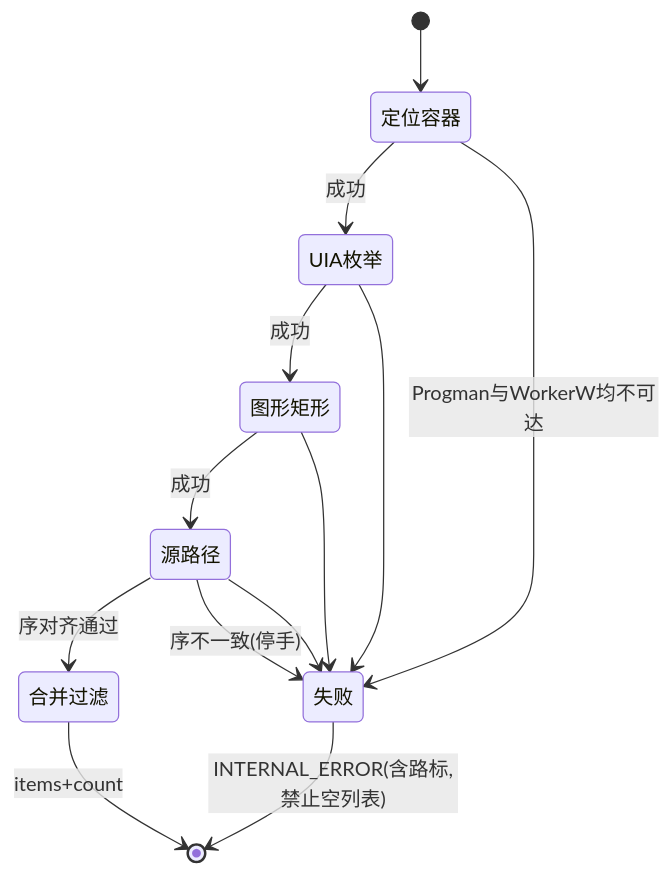
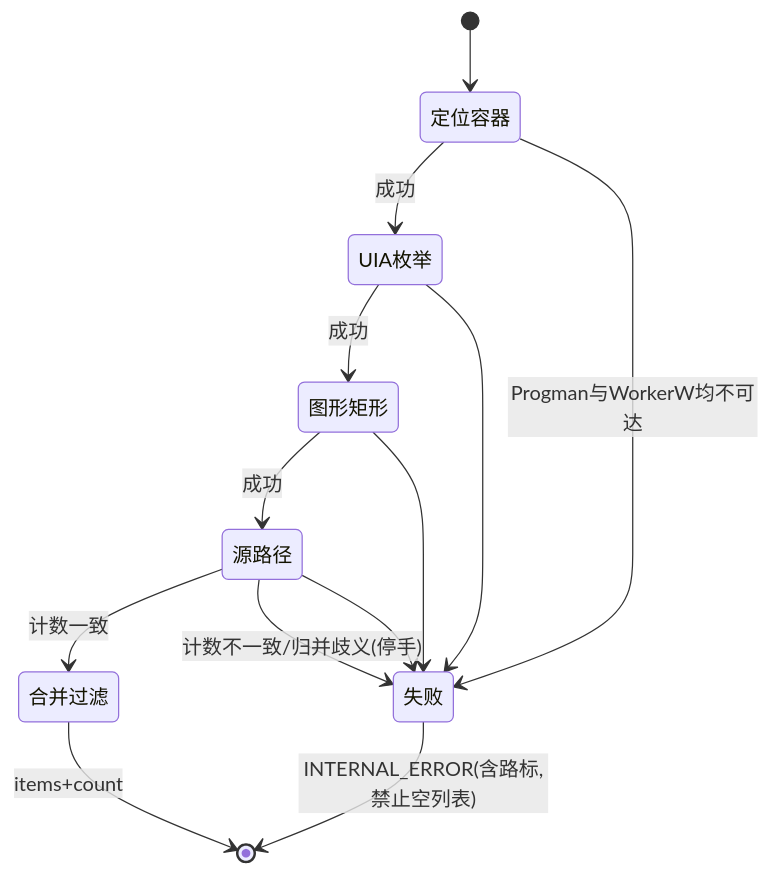
Before and after one commit to Ddfang-sdf/deskpilot: the second of 7 diagrams in docs/需求/REQ-002-桌面图标感知-详细设计.md, drawn with Mermaid. The commit also changed other lines of this file and 1 other file, not shown here.

````diff
--- a/docs/需求/REQ-002-桌面图标感知-详细设计.md
+++ b/docs/需求/REQ-002-桌面图标感知-详细设计.md
@@ -149,15 +149,15 @@
 ```mermaid
 stateDiagram-v2
     [*] --> 定位容器
     定位容器 --> UIA枚举: 成功
     定位容器 --> 失败: Progman与WorkerW均不可达
     UIA枚举 --> 图形矩形: 成功
     图形矩形 --> 源路径: 成功
-    源路径 --> 合并过滤: 序对齐通过
-    源路径 --> 失败: 序不一致(停手)
+    源路径 --> 合并过滤: 计数一致
+    源路径 --> 失败: 计数不一致/归并歧义(停手)
     UIA枚举 --> 失败
     图形矩形 --> 失败
     源路径 --> 失败
     合并过滤 --> [*]: items+count
     失败 --> [*]: INTERNAL_ERROR(含路标,禁止空列表)
 ```
````
